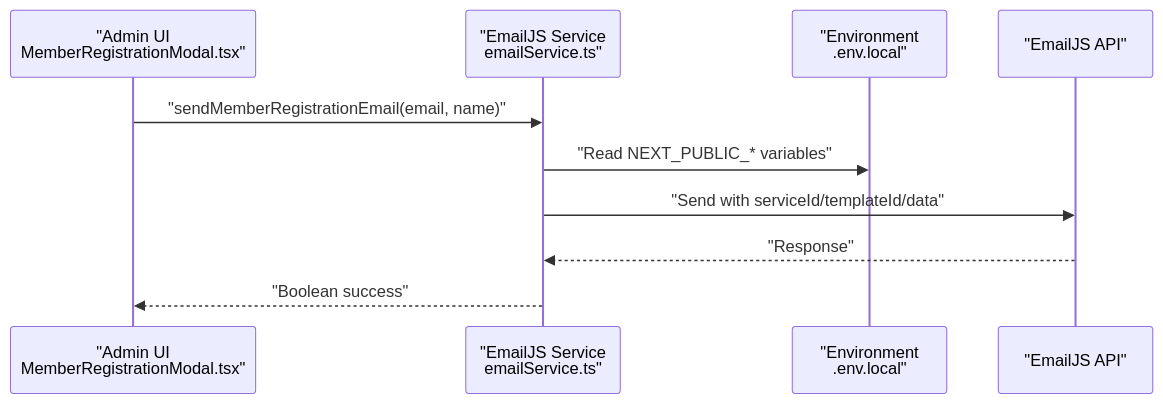
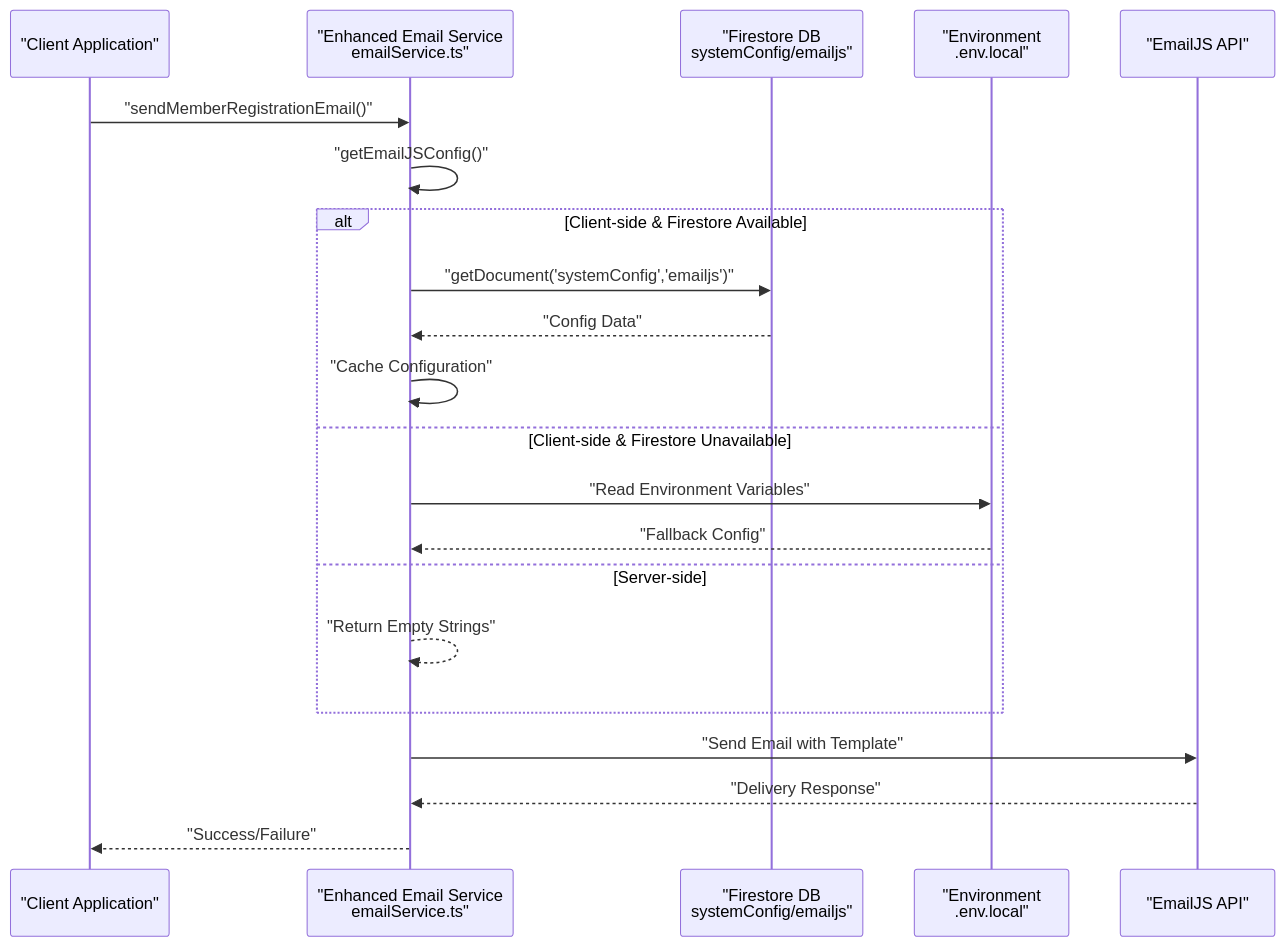
The second of 5 diagrams in .qoder/repowiki/en/content/Email & Notification System/Email Service Configuration.md (Unsure-bry/sampacoop_system), drawn with Mermaid before and after one commit. The commit also changed other lines of this file and 12 other files, not shown here.

````diff
--- a/.qoder/repowiki/en/content/Email & Notification System/Email Service Configuration.md
+++ b/.qoder/repowiki/en/content/Email & Notification System/Email Service Configuration.md
@@ -89,12 +115,23 @@
 ```mermaid
 sequenceDiagram
-participant Admin as "Admin UI<br/>MemberRegistrationModal.tsx"
-participant Service as "EmailJS Service<br/>emailService.ts"
-participant Env as "Environment<br/>.env.local"
+participant Client as "Client Application"
+participant EmailService as "Enhanced Email Service<br/>emailService.ts"
+participant Firestore as "Firestore DB<br/>systemConfig/emailjs"
+participant EnvVars as "Environment<br/>.env.local"
 participant EmailJS as "EmailJS API"
-Admin->>Service : "sendMemberRegistrationEmail(email, name)"
-Service->>Env : "Read NEXT_PUBLIC_* variables"
-Service->>EmailJS : "Send with serviceId/templateId/data"
-EmailJS-->>Service : "Response"
-Service-->>Admin : "Boolean success"
+Client->>EmailService : "sendMemberRegistrationEmail()"
+EmailService->>EmailService : "getEmailJSConfig()"
+alt Client-side & Firestore Available
+EmailService->>Firestore : "getDocument('systemConfig','emailjs')"
+Firestore-->>EmailService : "Config Data"
+EmailService->>EmailService : "Cache Configuration"
+else Client-side & Firestore Unavailable
+EmailService->>EnvVars : "Read Environment Variables"
+EnvVars-->>EmailService : "Fallback Config"
+else Server-side
+EmailService-->>EmailService : "Return Empty Strings"
+end
+EmailService->>EmailJS : "Send Email with Template"
+EmailJS-->>EmailService : "Delivery Response"
+EmailService-->>Client : "Success/Failure"
 ```
````
